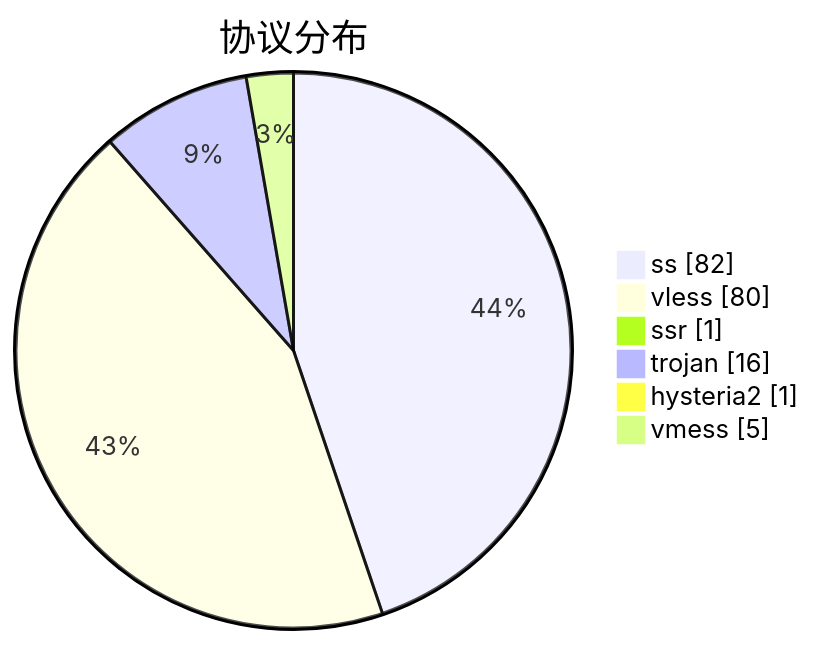
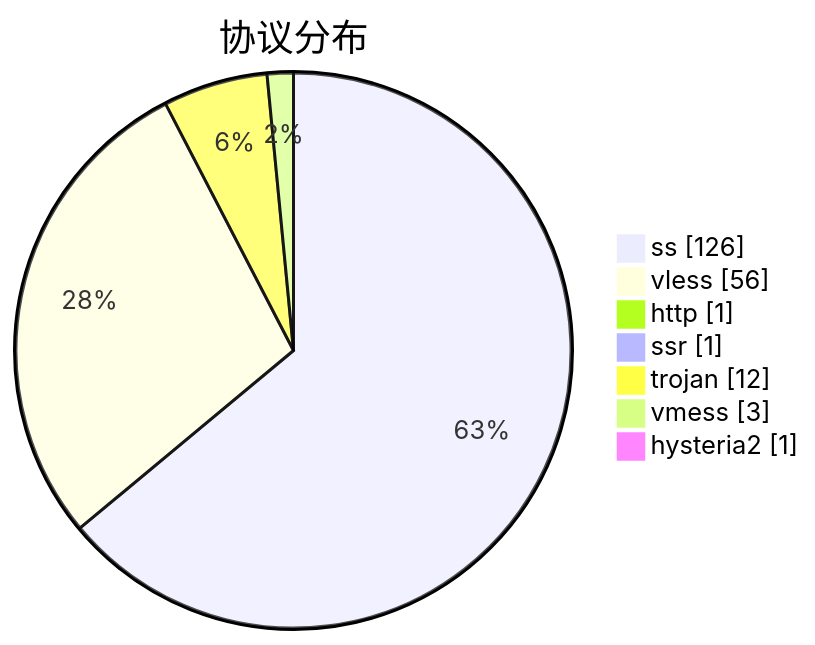
The third of 3 diagrams in subs/statistics/tested_within.md (qjlxg/airport), drawn with Mermaid before and after one commit. The commit also changed other lines of this file and 2 other files, not shown here.

````diff
--- a/subs/statistics/tested_within.md
+++ b/subs/statistics/tested_within.md
@@ -29,10 +23,11 @@
 ```mermaid
 pie showData
 title 协议分布
-"ss" : 82
-"vless" : 80
+"ss" : 126
+"vless" : 56
+"http" : 1
 "ssr" : 1
-"trojan" : 16
+"trojan" : 12
+"vmess" : 3
 "hysteria2" : 1
-"vmess" : 5
 ```
````
